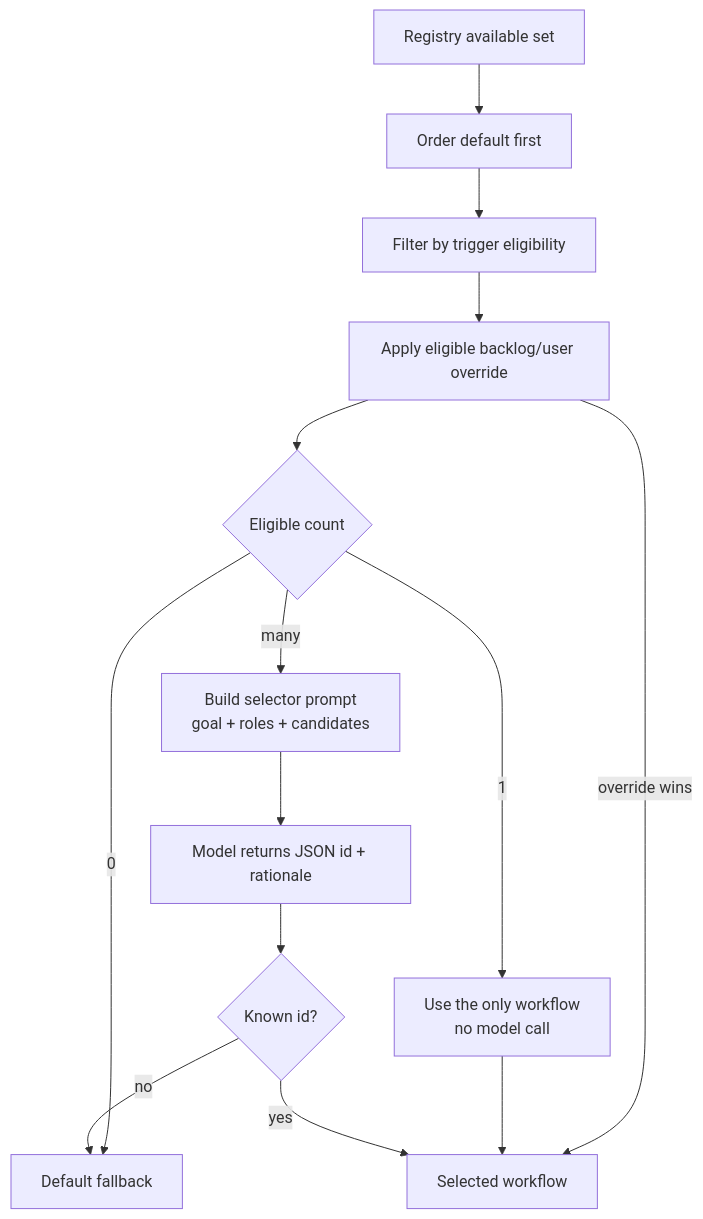
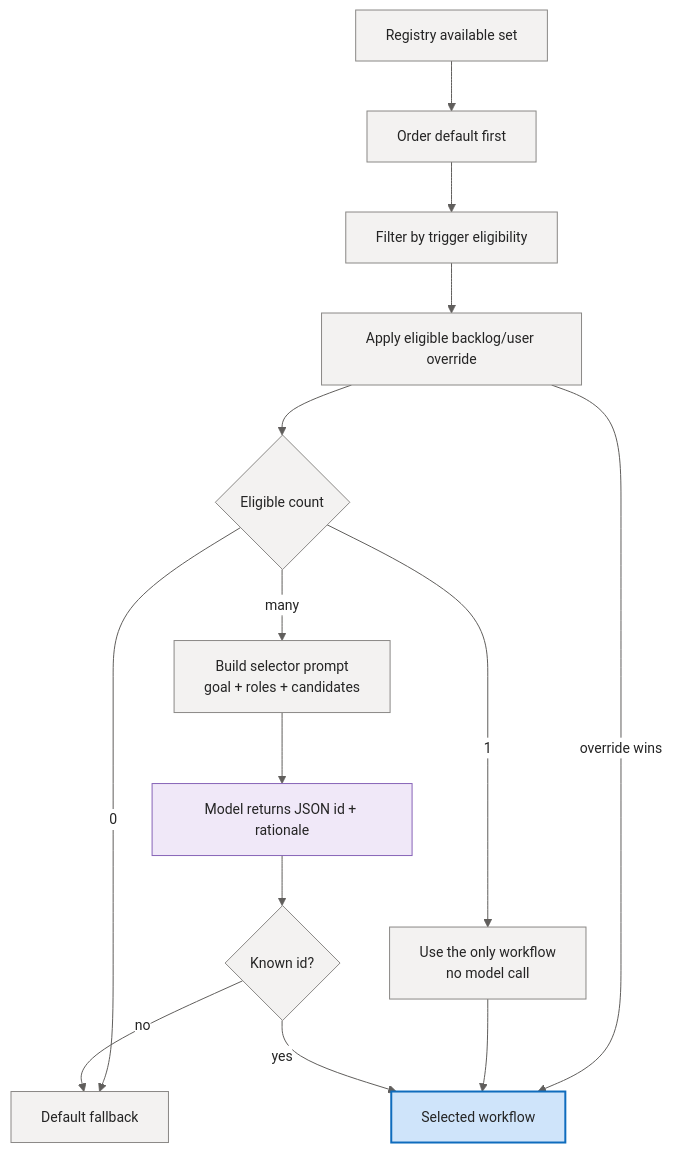
The ninth of 11 diagrams in docs/deep-dive/workflow-engine.md (sabbour/agentweaver), drawn with Mermaid before and after one commit. The commit also changed other lines of this file and 13 other files, not shown here.

````diff
--- a/docs/deep-dive/workflow-engine.md
+++ b/docs/deep-dive/workflow-engine.md
@@ -314,22 +425,35 @@
 ```mermaid
+%%{init: {'theme':'base','themeVariables':{'fontFamily':'Segoe UI, system-ui, -apple-system, sans-serif','fontSize':'14px','primaryColor':'#E8EEF9','primaryBorderColor':'#0F6CBD','primaryTextColor':'#242424','lineColor':'#605E5C','clusterBkg':'#FAF9F8','clusterBorder':'#D2D0CE','edgeLabelBackground':'#FFFFFF'}}}%%
 flowchart TD
     Registry[Registry available set]
     DefaultFirst[Order default first]
     TriggerFilter[Filter by trigger eligibility]
     OverrideCheck[Apply eligible backlog/user override]
     Count{Eligible count}
     Single[Use the only workflow<br/>no model call]
     Prompt[Build selector prompt<br/>goal + roles + candidates]
     Model[Model returns JSON id + rationale]
     Parse{Known id?}
     Selected[Selected workflow]
     Default[Default fallback]
 
     Registry --> DefaultFirst --> TriggerFilter --> OverrideCheck --> Count
     OverrideCheck -- override wins --> Selected
     Count -- 0 --> Default
     Count -- 1 --> Single --> Selected
     Count -- many --> Prompt --> Model --> Parse
     Parse -- yes --> Selected
     Parse -- no --> Default
+
+    classDef client fill:#E8EEF9,stroke:#0F6CBD,stroke-width:1px,color:#242424;
+    classDef svc fill:#F3F2F1,stroke:#8A8886,stroke-width:1px,color:#242424;
+    classDef core fill:#CFE4FA,stroke:#0F6CBD,stroke-width:2px,color:#242424;
+    classDef data fill:#FFF4CE,stroke:#C19C00,stroke-width:1px,color:#242424;
+    classDef ext fill:#F0E8F8,stroke:#8764B8,stroke-width:1px,color:#242424;
+    classDef runtime fill:#DDF3DD,stroke:#107C10,stroke-width:1px,color:#242424;
+    classDef evt fill:#D6F0F0,stroke:#038387,stroke-width:1px,color:#242424;
+
+    class Registry,DefaultFirst,TriggerFilter,OverrideCheck,Count,Single,Prompt,Parse,Default svc;
+    class Model ext;
+    class Selected core;
 ```
````
